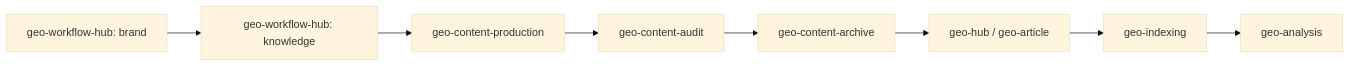
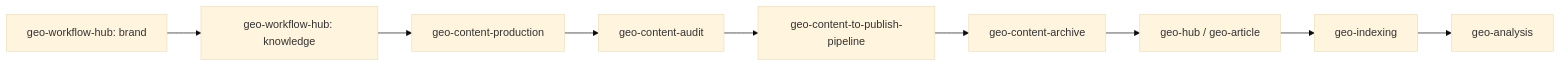
The diagram in README.md (chenshuke/geo-skills), drawn with Mermaid (base theme) before and after one commit. The commit also changed other lines of this file and 7 other files, not shown here.

````diff
--- a/README.md
+++ b/README.md
@@ -185,10 +186,11 @@
 ```mermaid
 graph LR
     A[geo-workflow-hub: brand] --> B[geo-workflow-hub: knowledge]
     B --> C[geo-content-production]
     C --> D[geo-content-audit]
-    D --> E[geo-content-archive]
+    D --> P[geo-content-to-publish-pipeline]
+    P --> E[geo-content-archive]
     E --> F[geo-hub / geo-article]
     F --> G[geo-indexing]
     G --> H[geo-analysis]
 ```
````
